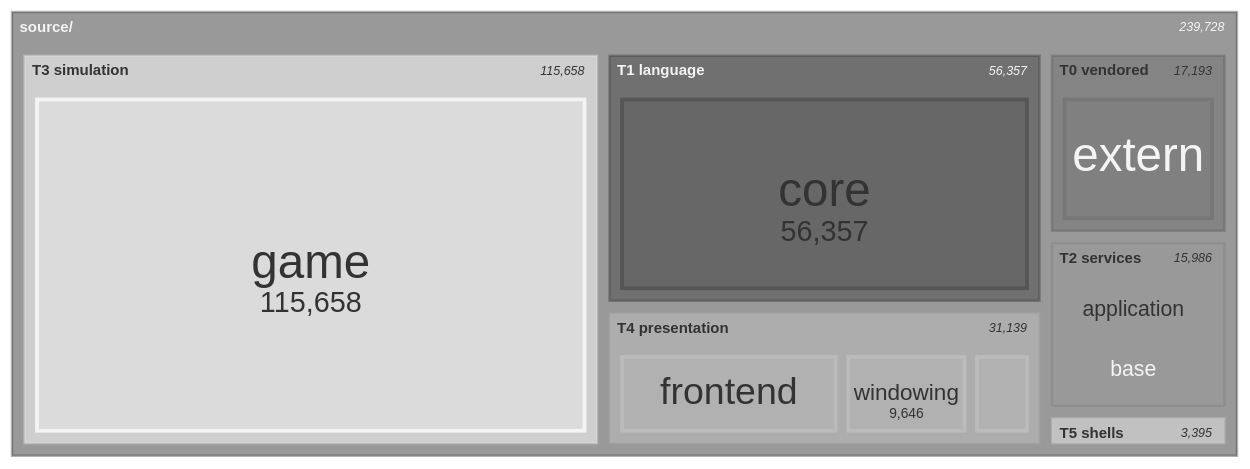
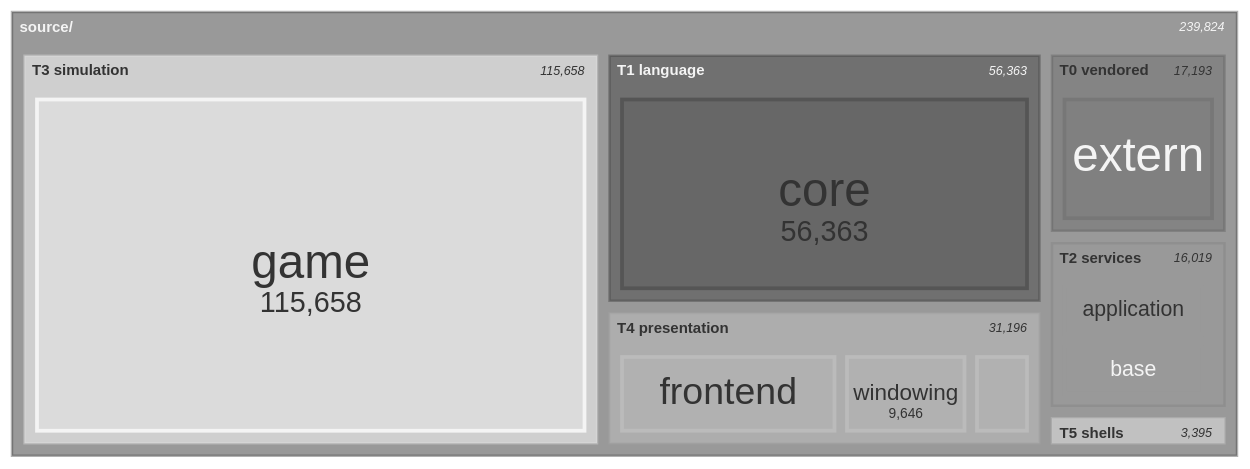
The seventh of 11 diagrams in docs/architecture/system-boundaries.md (apnex/OpenStarbound), drawn with Mermaid (neutral theme) before and after one commit. The commit also changed other lines of this file and 12 other files, not shown here.

````diff
--- a/docs/architecture/system-boundaries.md
+++ b/docs/architecture/system-boundaries.md
@@ -592,22 +592,22 @@
 ```mermaid
 treemap-beta
 "source/"
     "T0 vendored"
         "extern": 17193
     "T1 language"
-        "core": 56357
+        "core": 56363
     "T2 services"
-        "application": 7529
+        "application": 7562
         "base": 7468
         "metrics": 847
         "platform": 142
     "T3 simulation"
         "game": 115658
     "T4 presentation"
         "frontend": 16863
         "windowing": 9646
-        "rendering": 4630
+        "rendering": 4687
     "T5 shells"
         "client": 2612
         "server": 783
 ```
````
